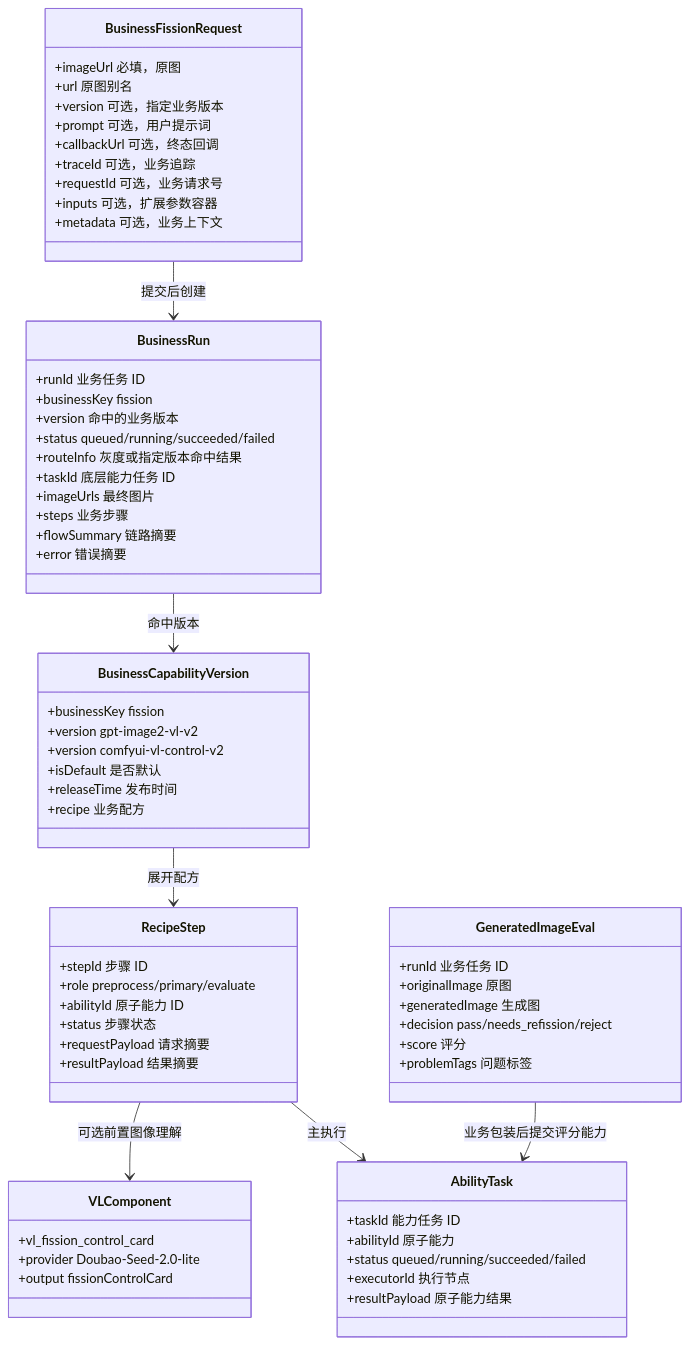
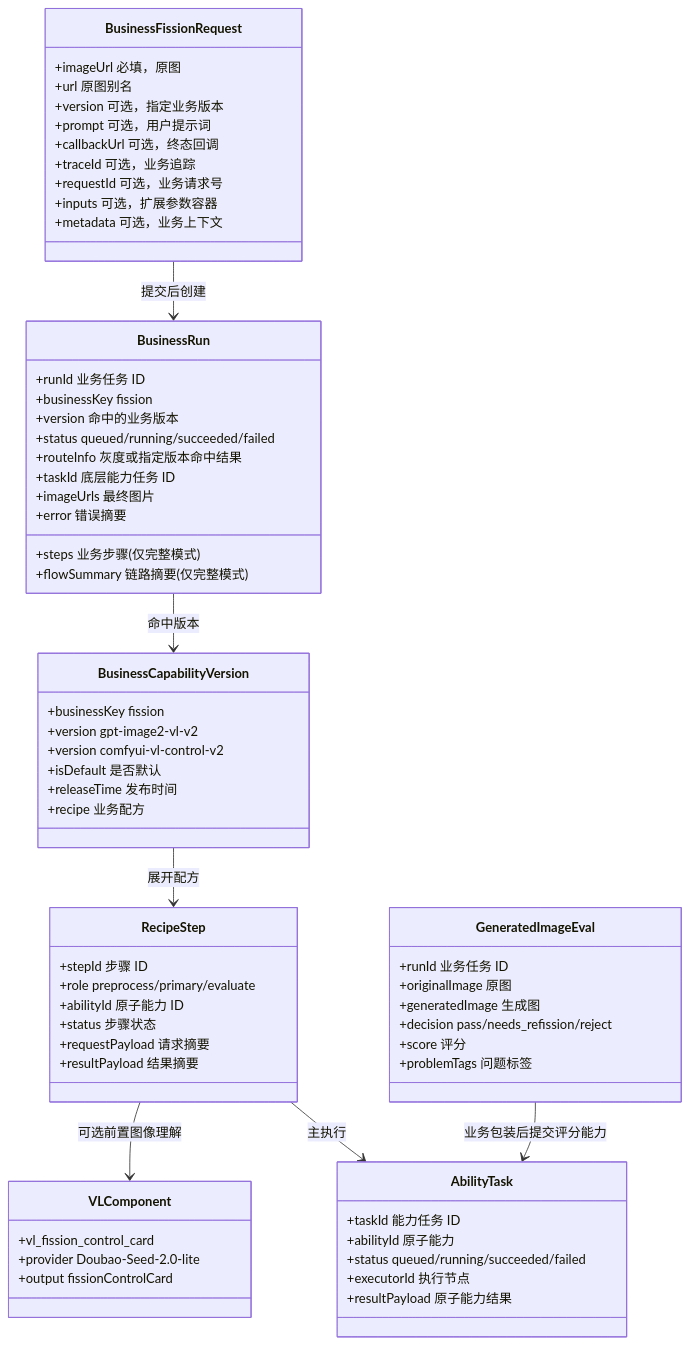
One commit to zhangx1234994/POD_AI changed the first of 3 diagrams in docs/api/examples/fission-delivery-contract-2026-05-12.md. Above: the diagram before and after it, drawn with Mermaid. The commit also changed other lines of this file and 17 other files, not shown here.

````diff
--- a/docs/api/examples/fission-delivery-contract-2026-05-12.md
+++ b/docs/api/examples/fission-delivery-contract-2026-05-12.md
@@ -47,75 +48,75 @@
 ```mermaid
 classDiagram
     class BusinessFissionRequest {
         +imageUrl 必填，原图
         +url 原图别名
         +version 可选，指定业务版本
         +prompt 可选，用户提示词
         +callbackUrl 可选，终态回调
         +traceId 可选，业务追踪
         +requestId 可选，业务请求号
         +inputs 可选，扩展参数容器
         +metadata 可选，业务上下文
     }
 
     class BusinessRun {
         +runId 业务任务 ID
         +businessKey fission
         +version 命中的业务版本
         +status queued/running/succeeded/failed
         +routeInfo 灰度或指定版本命中结果
         +taskId 底层能力任务 ID
         +imageUrls 最终图片
-        +steps 业务步骤
-        +flowSummary 链路摘要
+        +steps 业务步骤(仅完整模式)
+        +flowSummary 链路摘要(仅完整模式)
         +error 错误摘要
     }
 
     class BusinessCapabilityVersion {
         +businessKey fission
         +version gpt-image2-vl-v2
         +version comfyui-vl-control-v2
         +isDefault 是否默认
         +releaseTime 发布时间
         +recipe 业务配方
     }
 
     class RecipeStep {
         +stepId 步骤 ID
         +role preprocess/primary/evaluate
         +abilityId 原子能力 ID
         +status 步骤状态
         +requestPayload 请求摘要
         +resultPayload 结果摘要
     }
 
     class AbilityTask {
         +taskId 能力任务 ID
         +abilityId 原子能力
         +status queued/running/succeeded/failed
         +executorId 执行节点
         +resultPayload 原子能力结果
     }
 
     class VLComponent {
         +vl_fission_control_card
         +provider Doubao-Seed-2.0-lite
         +output fissionControlCard
     }
 
     class GeneratedImageEval {
         +runId 业务任务 ID
         +originalImage 原图
         +generatedImage 生成图
         +decision pass/needs_refission/reject
         +score 评分
         +problemTags 问题标签
     }
 
     BusinessFissionRequest --> BusinessRun : 提交后创建
     BusinessRun --> BusinessCapabilityVersion : 命中版本
     BusinessCapabilityVersion --> RecipeStep : 展开配方
     RecipeStep --> VLComponent : 可选前置图像理解
     RecipeStep --> AbilityTask : 主执行
     GeneratedImageEval --> AbilityTask : 业务包装后提交评分能力
 ```
````
